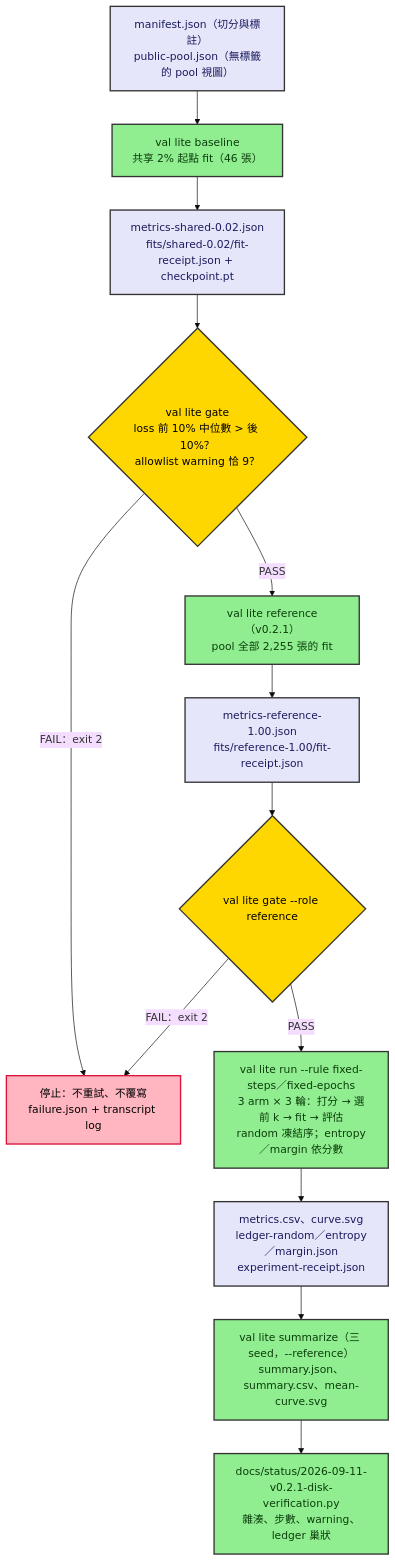
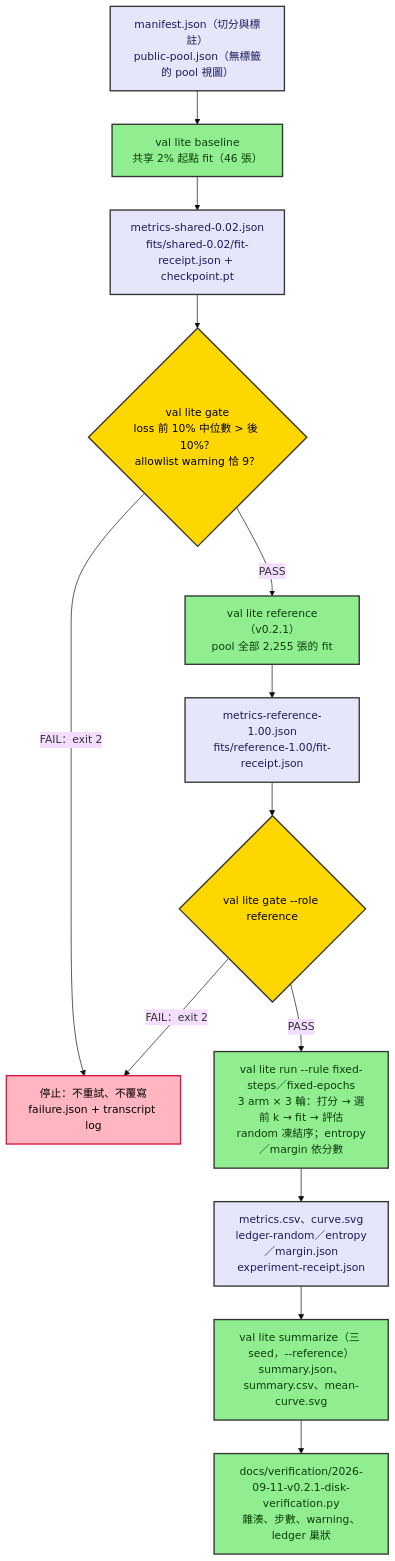
The diagram in docs/diagrams/readme_01_flowchart_lite_pipeline.mmd (kuotunyu/vision-active-learning-loop), drawn with Mermaid (base theme) before and after one commit. The commit also changed 132 other files, not shown here.

```diff
--- a/docs/diagrams/readme_01_flowchart_lite_pipeline.mmd
+++ b/docs/diagrams/readme_01_flowchart_lite_pipeline.mmd
@@ -1,23 +1,23 @@
-%% Source of the fenced block in README.md（程式碼裡有什麼）. Nodes are the registered `val lite` commands and the files they write.
+%% Source of the fenced block in README.md（1. 實驗設計）. Nodes are the registered `val lite` commands and the files they write.
 flowchart TD
     M["manifest.json（切分與標註）<br/>public-pool.json（無標籤的 pool 視圖）"] --> B["val lite baseline<br/>共享 2% 起點 fit（46 張）"]
     B --> BM["metrics-shared-0.02.json<br/>fits/shared-0.02/fit-receipt.json + checkpoint.pt"]
     BM --> G1{"val lite gate<br/>loss 前 10% 中位數 > 後 10%？<br/>allowlist warning 恰 9？"}
     G1 -->|FAIL：exit 2| STOP["停止：不重試、不覆寫<br/>failure.json + transcript log"]
     G1 -->|PASS| R["val lite reference（v0.2.1）<br/>pool 全部 2,255 張的 fit"]
     R --> RM["metrics-reference-1.00.json<br/>fits/reference-1.00/fit-receipt.json"]
     RM --> G2{"val lite gate --role reference"}
     G2 -->|FAIL：exit 2| STOP
     G2 -->|PASS| RUN["val lite run --rule fixed-steps／fixed-epochs<br/>3 arm × 3 輪：打分 → 選前 k → fit → 評估<br/>random 凍結序；entropy／margin 依分數"]
     RUN --> OUT["metrics.csv、curve.svg<br/>ledger-random／entropy／margin.json<br/>experiment-receipt.json"]
     OUT --> S["val lite summarize（三 seed，--reference）<br/>summary.json、summary.csv、mean-curve.svg"]
-    S --> V["docs/status/2026-09-11-v0.2.1-disk-verification.py<br/>雜湊、步數、warning、ledger 巢狀"]
+    S --> V["docs/verification/2026-09-11-v0.2.1-disk-verification.py<br/>雜湊、步數、warning、ledger 巢狀"]
 
     classDef cmd fill:#90EE90,stroke:#333,stroke-width:2px,color:#0B3D0B
     classDef file fill:#E6E6FA,stroke:#333,stroke-width:2px,color:#1A1A5E
     classDef gate fill:#FFD700,stroke:#333,stroke-width:2px,color:#000
     classDef stop fill:#FFB6C1,stroke:#DC143C,stroke-width:2px,color:#000
     class B,R,RUN,S,V cmd
     class M,BM,RM,OUT file
     class G1,G2 gate
     class STOP stop
```
